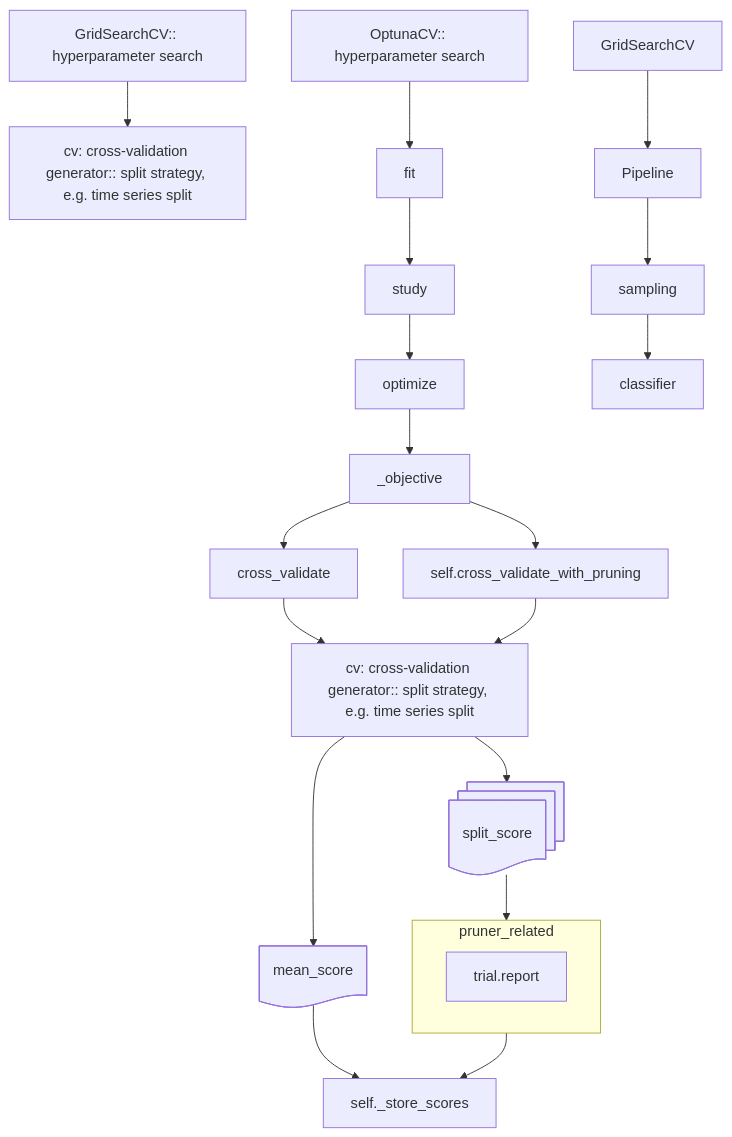
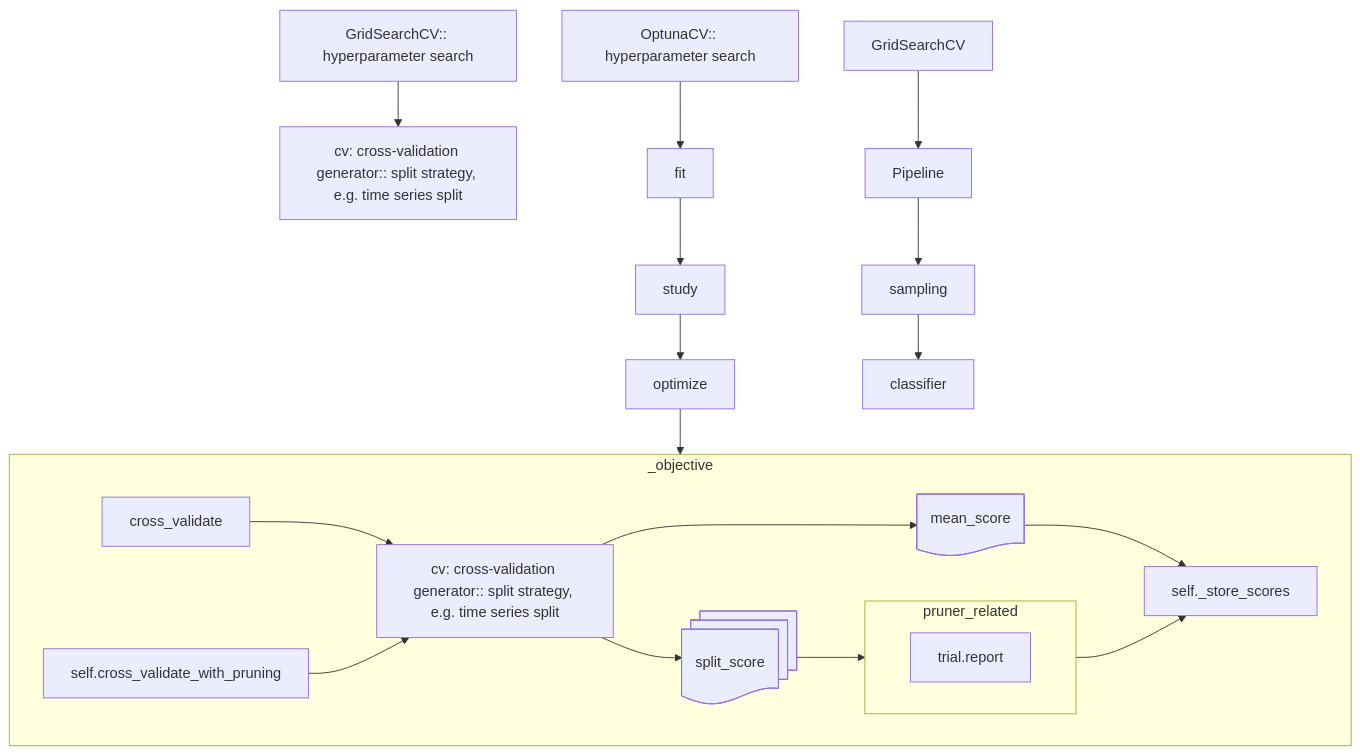
Before and after one commit to sluofoss/learn-etc: the diagram in README.md, drawn with Mermaid.

Commit message:
restruct plot

````diff
--- a/README.md
+++ b/README.md
@@ -9,17 +9,20 @@
 ```mermaid
 flowchart TD
     a[GridSearchCV:: hyperparameter search] --> b[cv: cross-validation generator:: split strategy, e.g. time series split]
 
     aa[OptunaCV:: hyperparameter search] --> fit --> study --> optimize --> _objective 
     
-    _objective --> cross_validate --> bb[cv: cross-validation generator:: split strategy, e.g. time series split] --> mean_score@{shape: doc, label: "mean_score"} --> self._store_scores
+    subgraph _objective
+      cross_validate --> bb[cv: cross-validation generator:: split strategy, e.g. time series split] --> mean_score@{shape: doc, label: "mean_score"} --> self._store_scores
 
-    _objective --> self.cross_validate_with_pruning --> bb --> split_score@{shape : docs, label: "split_score"}  --> pruner_related --> self._store_scores
-
-    subgraph pruner_related
-      trial.report 
-      
+      self.cross_validate_with_pruning --> bb --> split_score@{shape : docs, label: "split_score"} --> pruner_related --> self._store_scores 
     end
 
+  
+    self._store_scores
+
     aaa[GridSearchCV] --> bbb[Pipeline] --> ccc[sampling ] --> classifier
+    subgraph pruner_related
+      trial.report
+    end
 ```
````
